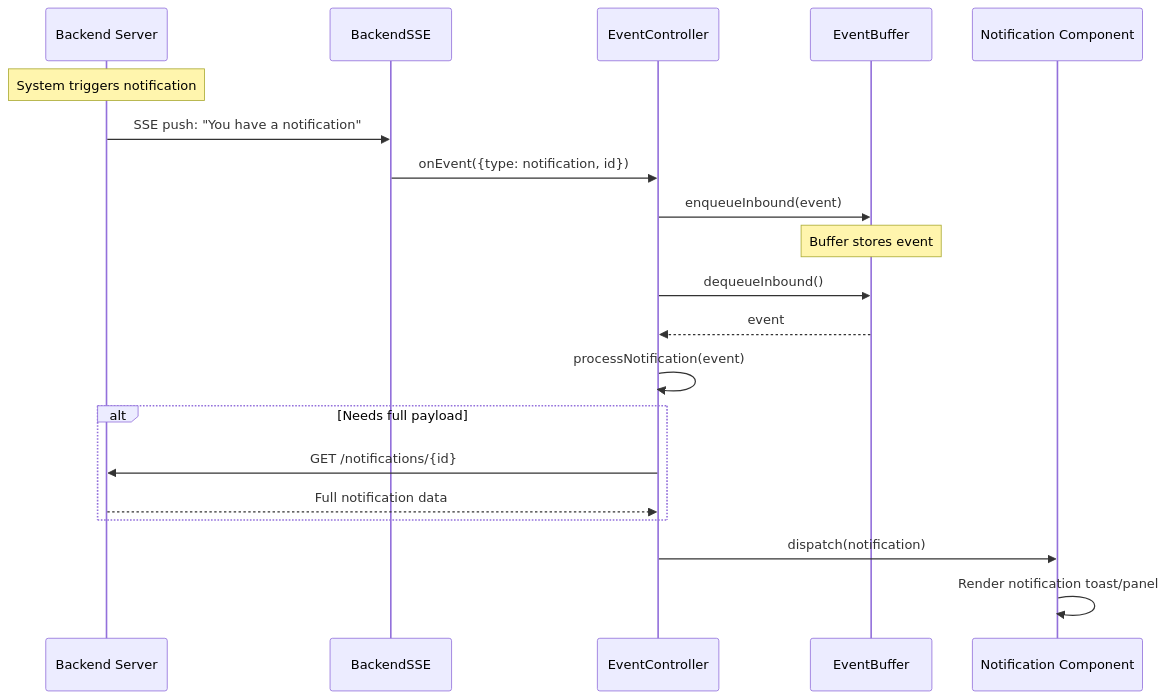
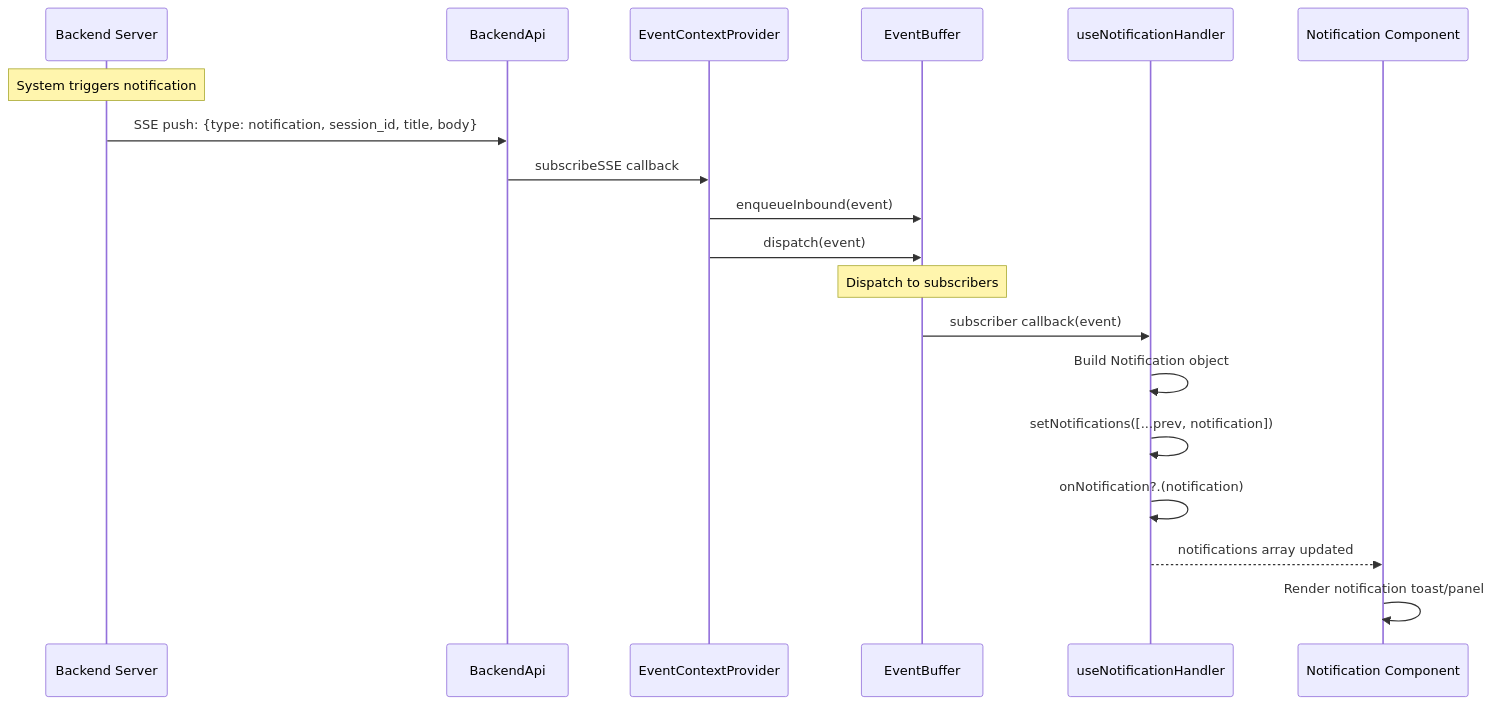
One commit to aomi-labs/aomi-widget changed the seventh of 13 diagrams in specs/RUNTIME-ARCH.md. Above: the diagram before and after it, drawn with Mermaid. The commit also changed other lines of this file and 13 other files, not shown here.

````diff
--- a/specs/RUNTIME-ARCH.md
+++ b/specs/RUNTIME-ARCH.md
@@ -269,27 +268,24 @@
 ```mermaid
 sequenceDiagram
     participant BE as Backend Server
-    participant SSE as BackendSSE
-    participant EC as EventController
+    participant API as BackendApi
+    participant ECP as EventContextProvider
     participant EB as EventBuffer
+    participant NH as useNotificationHandler
     participant UI as Notification Component
 
     Note over BE: System triggers notification
-    BE->>SSE: SSE push: "You have a notification"
-    SSE->>EC: onEvent({type: notification, id})
-    EC->>EB: enqueueInbound(event)
+    BE->>API: SSE push: {type: notification, session_id, title, body}
+    API->>ECP: subscribeSSE callback
+    ECP->>EB: enqueueInbound(event)
+    ECP->>EB: dispatch(event)
 
-    Note over EB: Buffer stores event
+    Note over EB: Dispatch to subscribers
 
-    EC->>EB: dequeueInbound()
-    EB-->>EC: event
-    EC->>EC: processNotification(event)
-
-    alt Needs full payload
-        EC->>BE: GET /notifications/{id}
-        BE-->>EC: Full notification data
-    end
-
-    EC->>UI: dispatch(notification)
+    EB->>NH: subscriber callback(event)
+    NH->>NH: Build Notification object
+    NH->>NH: setNotifications([...prev, notification])
+    NH->>NH: onNotification?.(notification)
+    NH-->>UI: notifications array updated
     UI->>UI: Render notification toast/panel
 ```
````
